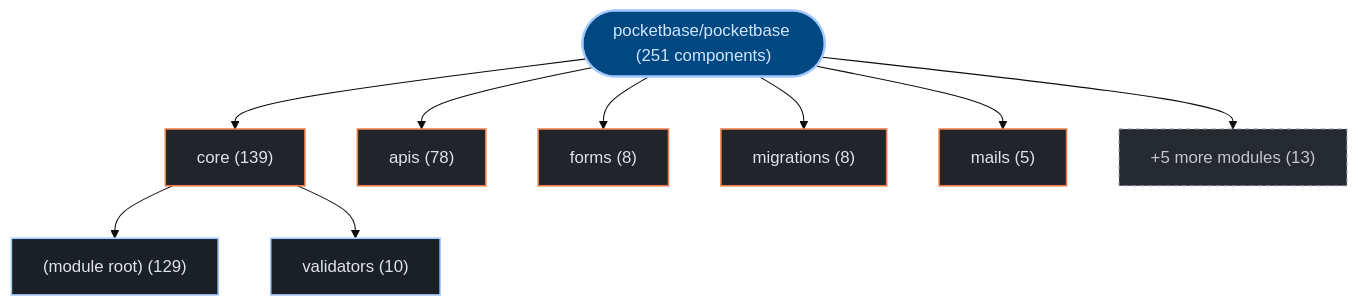
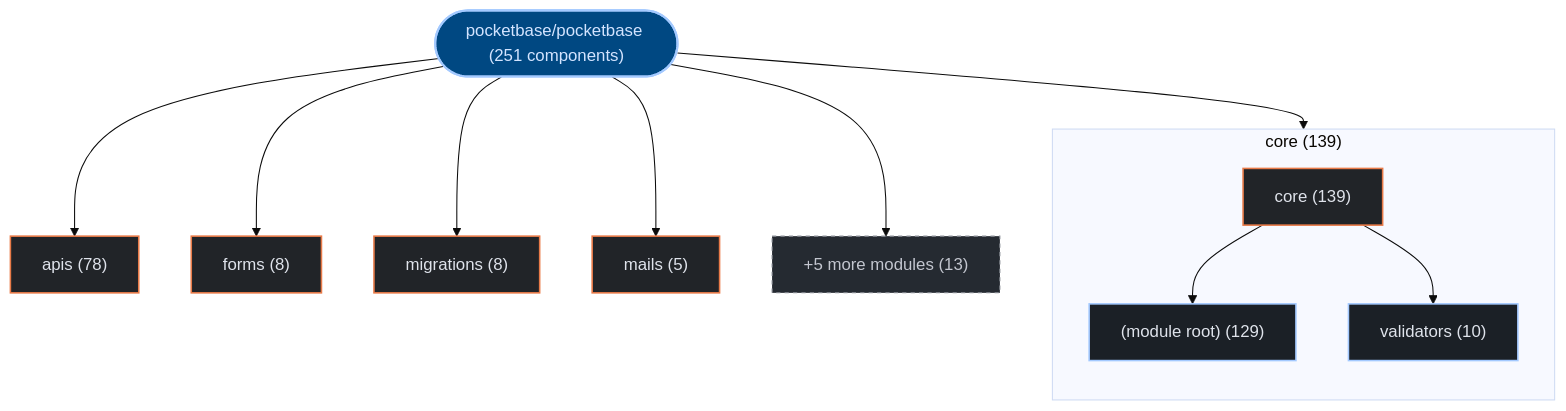
One commit to kumarshaz/atruss-code-atlas changed the first of 3 diagrams in exports/latest/reports/pocketbase-pocketbase-report.md. Above: the diagram before and after it, drawn with Mermaid (base theme). The commit also changed 178 other files, not shown here.

Commit message:
feat(ui,mermaid): upgrade to mermaid v12 + ELK layout, add orgs-summary + pagination, subgraph building blocks, fix tab alignment

````diff
--- a/exports/latest/reports/pocketbase-pocketbase-report.md
+++ b/exports/latest/reports/pocketbase-pocketbase-report.md
@@ -42,27 +42,30 @@
 ```mermaid
 graph TD;
   classDef atlasRoot fill:#004882,stroke:#a3c9ff,stroke-width:2px,color:#d3e4ff
   classDef atlasCategory fill:#212428,stroke:#E87A48,stroke-width:1.5px,color:#dfe3eb
   classDef atlasWorkflow fill:#1b2026,stroke:#a3c9ff,stroke-width:1.5px,color:#dfe3eb
   classDef atlasJob fill:#171c22,stroke:#8d9199,stroke-width:1px,color:#dfe3eb
   classDef atlasTarget fill:#005227,stroke:#8bd99b,stroke-width:1.5px,color:#a7f6b6
   classDef atlasAlert fill:#93000a,stroke:#ffb4ab,stroke-width:1.5px,color:#ffdad6
   classDef atlasMore fill:#252a31,stroke:#8d9199,stroke-dasharray:4 4,color:#c3c6cf
     repo_root(["pocketbase/pocketbase (251 components)"]):::atlasRoot
-    dir_0_core["core (139)"]:::atlasCategory
+    subgraph sg_dir_0_core["core (139)"]
+      direction TB
+      dir_0_core["core (139)"]:::atlasCategory
+      sub_0_0__module_root_["(module root) (129)"]:::atlasWorkflow
+      dir_0_core --> sub_0_0__module_root_
+      sub_0_1_validators["validators (10)"]:::atlasWorkflow
+      dir_0_core --> sub_0_1_validators
+    end
     repo_root --> dir_0_core
-    sub_0_0__module_root_["(module root) (129)"]:::atlasWorkflow
-    dir_0_core --> sub_0_0__module_root_
-    sub_0_1_validators["validators (10)"]:::atlasWorkflow
-    dir_0_core --> sub_0_1_validators
     dir_1_apis["apis (78)"]:::atlasCategory
     repo_root --> dir_1_apis
     dir_2_forms["forms (8)"]:::atlasCategory
     repo_root --> dir_2_forms
     dir_3_migrations["migrations (8)"]:::atlasCategory
     repo_root --> dir_3_migrations
     dir_4_mails["mails (5)"]:::atlasCategory
     repo_root --> dir_4_mails
     dir_other_modules["+5 more modules (13)"]:::atlasMore
     repo_root --> dir_other_modules
 ```
````
